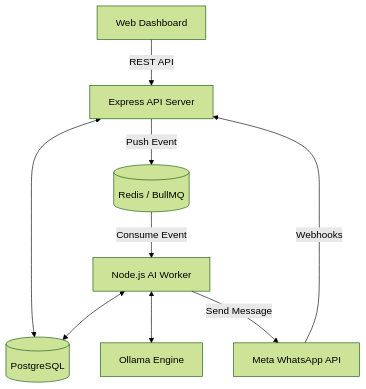
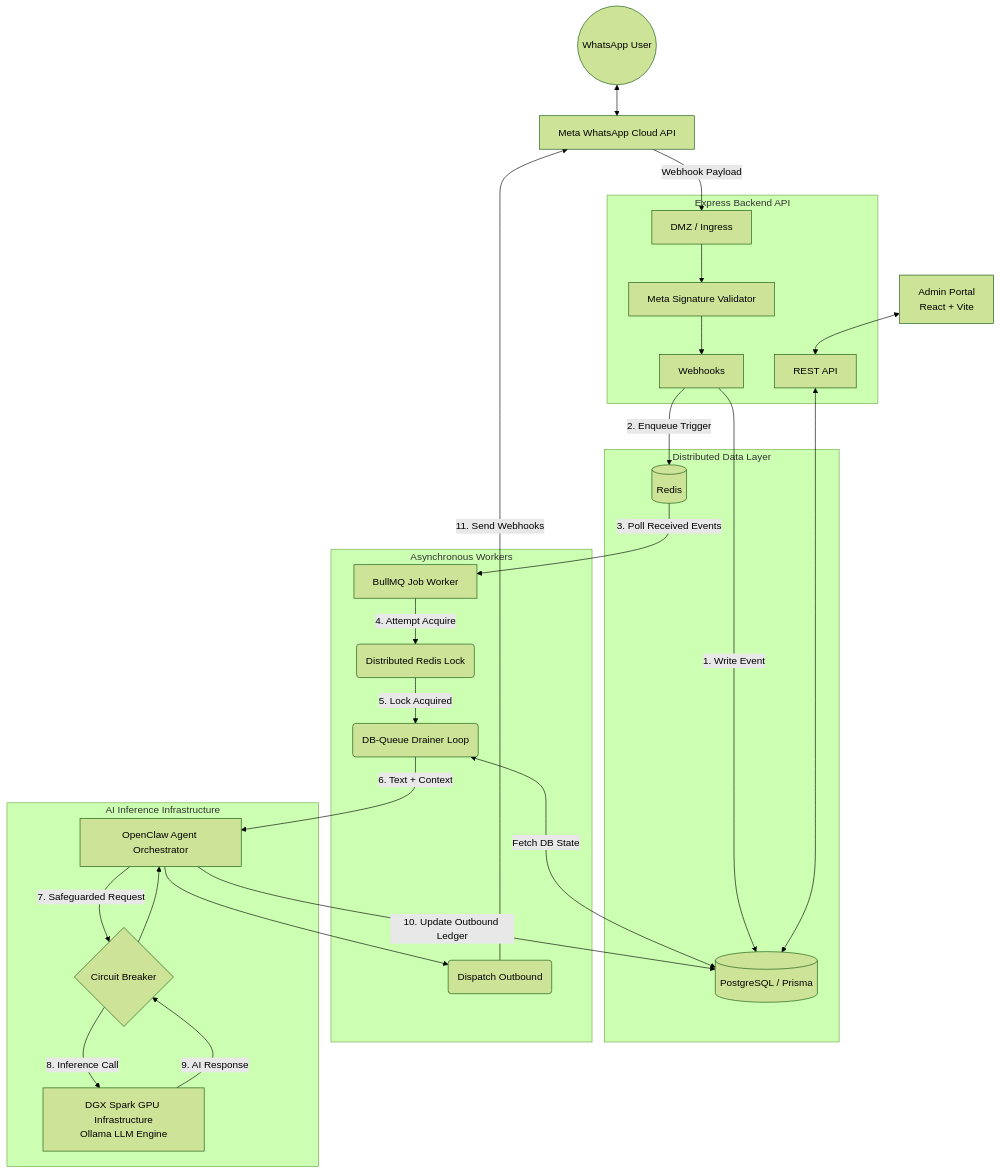
One commit to Hetgandhi25/PropertyAI-18-06-2026 changed the diagram in README.md. Above: the diagram before and after it, drawn with Mermaid (forest theme). The commit also changed other lines of this file and 2 other files, not shown here.

Commit message:
chore: Update architecture flow diagram and rename packages

````diff
--- a/README.md
+++ b/README.md
@@ -72,14 +74,65 @@
 ```mermaid
 graph TD
-    Client[Web Dashboard] -->|REST API| API[Express API Server]
-    API <--> DB[(PostgreSQL)]
+    %% External Entities
+    Customer((WhatsApp User))
+    MetaAPI[Meta WhatsApp Cloud API]
     
-    Meta[Meta WhatsApp API] -->|Webhooks| API
-    API -->|Push Event| Queue[(Redis / BullMQ)]
+    %% Ingress & API Server
+    subgraph Express Backend API
+        DMZ[DMZ / Ingress]
+        SigValidator[Meta Signature Validator]
+        REST[REST API]
+        WebhookHandler[Webhooks]
+    end
     
-    Queue -->|Consume Event| Worker[Node.js AI Worker]
-    Worker <--> DB
-    Worker <--> AI[Ollama Engine]
+    %% Storage & Queues
+    subgraph Distributed Data Layer
+        DB[(PostgreSQL / Prisma)]
+        Redis[(Redis)]
+    end
     
-    Worker -->|Send Message| Meta
+    %% Workers
+    subgraph Asynchronous Workers
+        BullMQ[BullMQ Job Worker]
+        Lock(Distributed Redis Lock)
+        Drainer(DB-Queue Drainer Loop)
+        Dispatch(Dispatch Outbound)
+    end
+    
+    %% AI Infrastructure
+    subgraph AI Inference Infrastructure
+        OpenClaw[OpenClaw Agent Orchestrator]
+        CircuitBreaker{Circuit Breaker}
+        DGX[DGX Spark GPU Infrastructure<br/>Ollama LLM Engine]
+    end
+    
+    %% Front End
+    Portal[Admin Portal<br/>React + Vite]
+    
+    %% Connections
+    Customer <--> MetaAPI
+    MetaAPI -->|Webhook Payload| DMZ
+    DMZ --> SigValidator
+    SigValidator --> WebhookHandler
+    
+    WebhookHandler -->|1. Write Event| DB
+    WebhookHandler -->|2. Enqueue Trigger| Redis
+    
+    Redis -->|3. Poll Received Events| BullMQ
+    BullMQ -->|4. Attempt Acquire| Lock
+    Lock -->|5. Lock Acquired| Drainer
+    Drainer <-->|Fetch DB State| DB
+    
+    Drainer -->|6. Text + Context| OpenClaw
+    OpenClaw -->|7. Safeguarded Request| CircuitBreaker
+    CircuitBreaker -->|8. Inference Call| DGX
+    DGX -->|9. AI Response| CircuitBreaker
+    CircuitBreaker --> OpenClaw
+    
+    OpenClaw -->|10. Update Outbound Ledger| DB
+    OpenClaw --> Dispatch
+    Dispatch -->|11. Send Webhooks| MetaAPI
+    
+    REST <--> DB
+    Portal <--> REST
 ```
````
